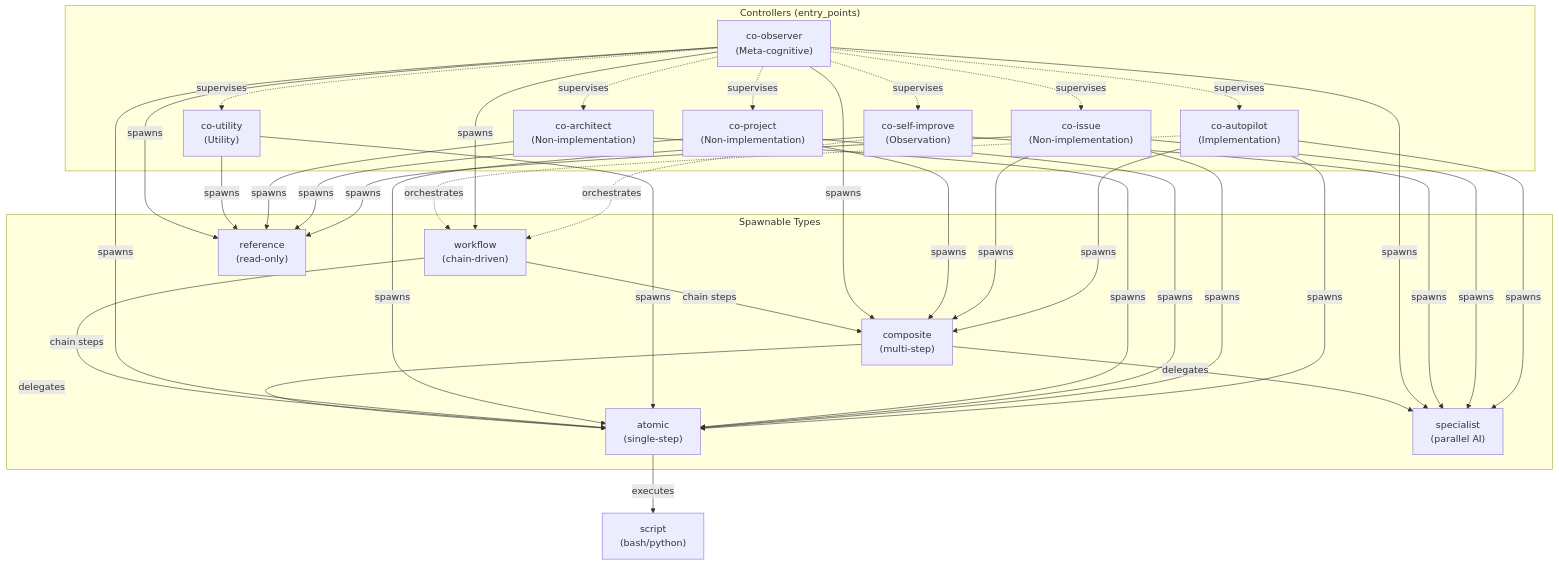
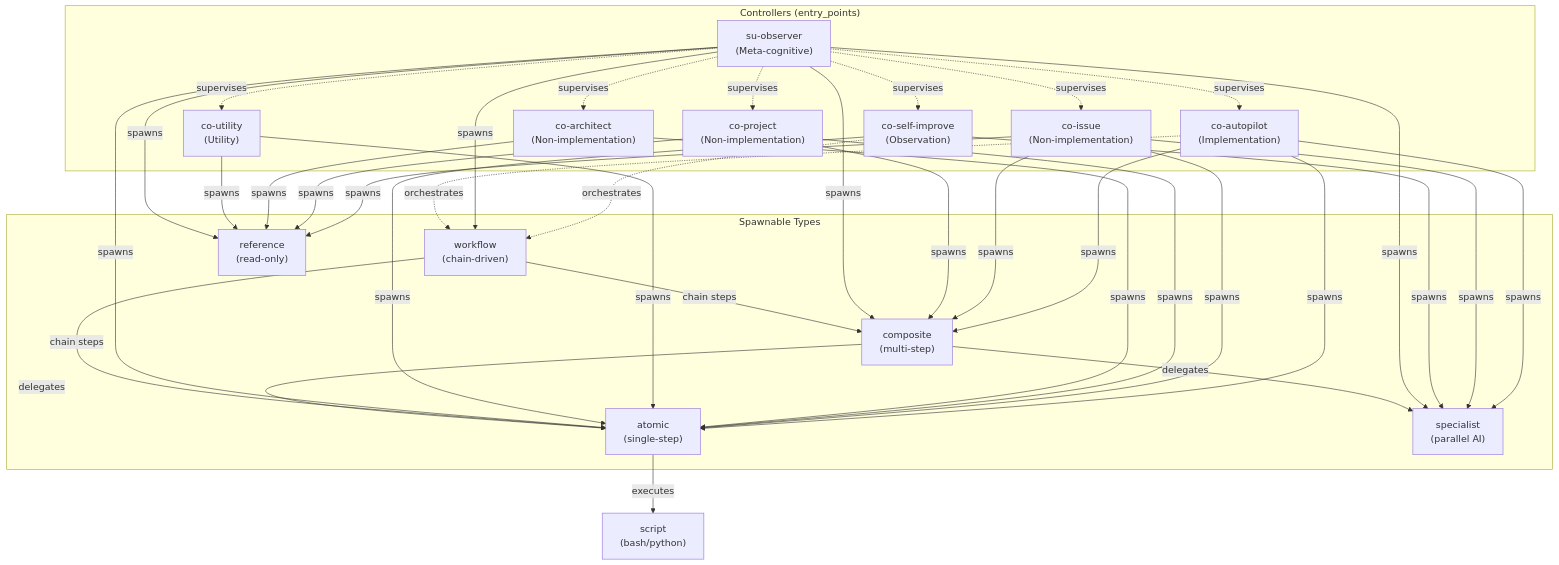
One commit to shuu5/twill changed the second of 6 diagrams in plugins/twl/architecture/domain/model.md. Above: the diagram before and after it, drawn with Mermaid. The commit also changed other lines of this file and 5 other files, not shown here.

````diff
--- a/plugins/twl/architecture/domain/model.md
+++ b/plugins/twl/architecture/domain/model.md
@@ -106,62 +106,62 @@
 ```mermaid
 graph TD
     subgraph "Controllers (entry_points)"
         CA["co-autopilot<br/>(Implementation)"]
         CI["co-issue<br/>(Non-implementation)"]
         CP["co-project<br/>(Non-implementation)"]
         CR["co-architect<br/>(Non-implementation)"]
         CU["co-utility<br/>(Utility)"]
         CS["co-self-improve<br/>(Observation)"]
-        CO["co-observer<br/>(Meta-cognitive)"]
+        SO["su-observer<br/>(Meta-cognitive)"]
     end
 
     subgraph "Spawnable Types"
         WF["workflow<br/>(chain-driven)"]
         CM["composite<br/>(multi-step)"]
         AT["atomic<br/>(single-step)"]
         SP["specialist<br/>(parallel AI)"]
         RF["reference<br/>(read-only)"]
     end
 
     CA -->|spawns| CM
     CA -->|spawns| AT
     CA -->|spawns| SP
 
     CI -->|spawns| CM
     CI -->|spawns| AT
     CI -->|spawns| SP
     CI -->|spawns| RF
 
     CP -->|spawns| CM
     CP -->|spawns| AT
     CP -->|spawns| RF
 
     CR -->|spawns| AT
     CR -->|spawns| RF
 
     CU -->|spawns| AT
     CU -->|spawns| RF
 
     CS -->|spawns| AT
     CS -->|spawns| SP
     CS -.->|orchestrates| WF
 
-    CO -.->|supervises| CA
-    CO -.->|supervises| CI
-    CO -.->|supervises| CP
-    CO -.->|supervises| CR
-    CO -.->|supervises| CU
-    CO -.->|supervises| CS
-    CO -->|spawns| WF
-    CO -->|spawns| AT
-    CO -->|spawns| CM
-    CO -->|spawns| SP
-    CO -->|spawns| RF
+    SO -.->|supervises| CA
+    SO -.->|supervises| CI
+    SO -.->|supervises| CP
+    SO -.->|supervises| CR
+    SO -.->|supervises| CU
+    SO -.->|supervises| CS
+    SO -->|spawns| WF
+    SO -->|spawns| AT
+    SO -->|spawns| CM
+    SO -->|spawns| SP
+    SO -->|spawns| RF
 
     CA -.->|orchestrates| WF
     WF -->|chain steps| AT
     WF -->|chain steps| CM
     CM -->|delegates| AT
     CM -->|delegates| SP
     AT -->|executes| SC["script<br/>(bash/python)"]
 ```
````
